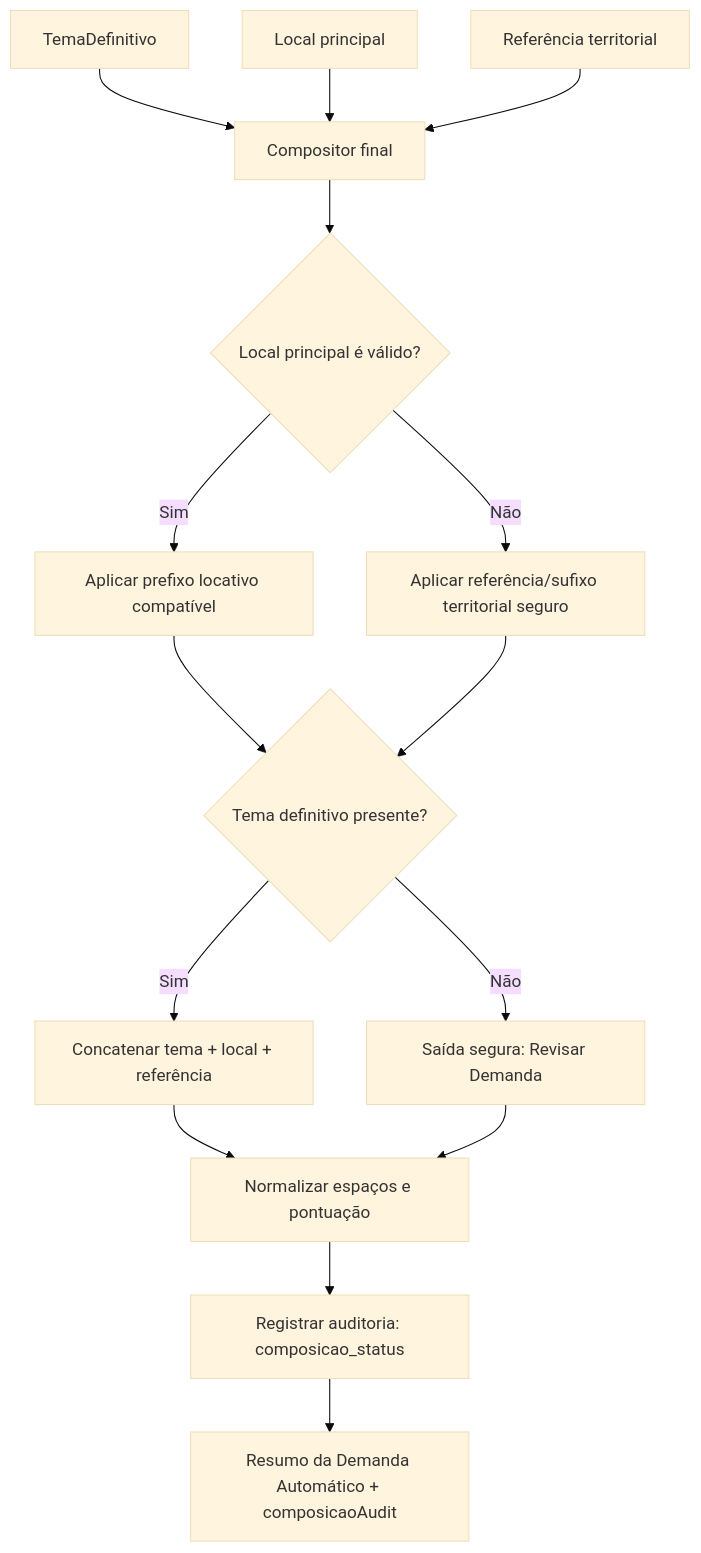
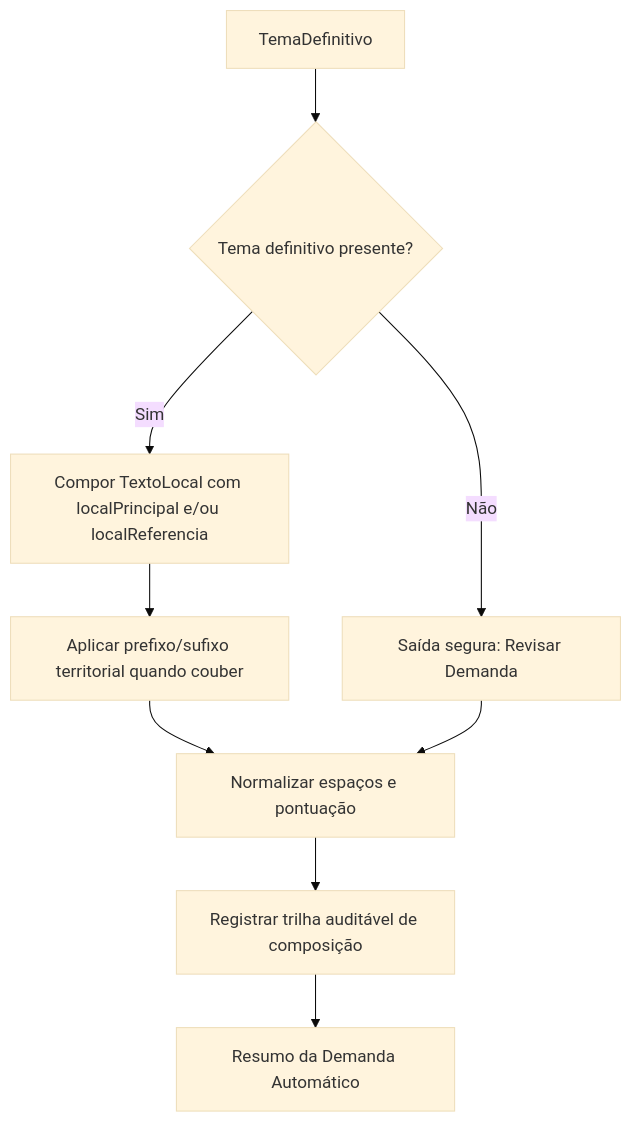
Before and after one commit to HeltonBr/TDE-Git: the diagram in apendice_tecnico/diagramas/DT06_composicao_resumo.mmd, drawn with Mermaid (base theme). The commit also changed 6 other files, not shown here.

```diff
--- a/apendice_tecnico/diagramas/DT06_composicao_resumo.mmd
+++ b/apendice_tecnico/diagramas/DT06_composicao_resumo.mmd
@@ -1,15 +1,9 @@
 flowchart TD
-    A[TemaDefinitivo] --> D[Compositor final]
-    B[Local principal] --> D
-    C[Referência territorial] --> D
-    D --> E{Local principal é válido?}
-    E -- Sim --> F[Aplicar prefixo locativo compatível]
-    E -- Não --> G[Aplicar referência/sufixo territorial seguro]
-    F --> H{Tema definitivo presente?}
-    G --> H
-    H -- Sim --> I[Concatenar tema + local + referência]
-    H -- Não --> J[Saída segura: Revisar Demanda]
-    I --> K[Normalizar espaços e pontuação]
-    J --> K
-    K --> L[Registrar auditoria: composicao_status]
-    L --> M[Resumo da Demanda Automático + composicaoAudit]
+    A[TemaDefinitivo] --> B{Tema definitivo presente?}
+    B -- Sim --> C[Compor TextoLocal com localPrincipal e/ou localReferencia]
+    B -- Não --> D[Saída segura: Revisar Demanda]
+    C --> E[Aplicar prefixo/sufixo territorial quando couber]
+    E --> F[Normalizar espaços e pontuação]
+    D --> F
+    F --> G[Registrar trilha auditável de composição]
+    G --> H[Resumo da Demanda Automático]
```
